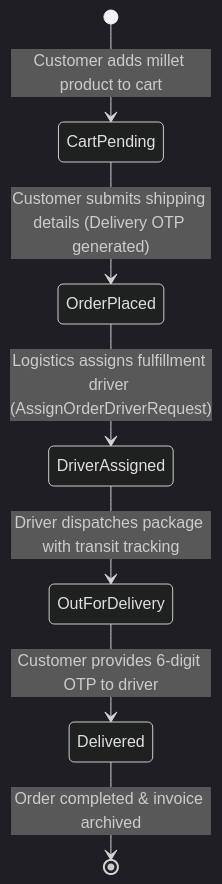
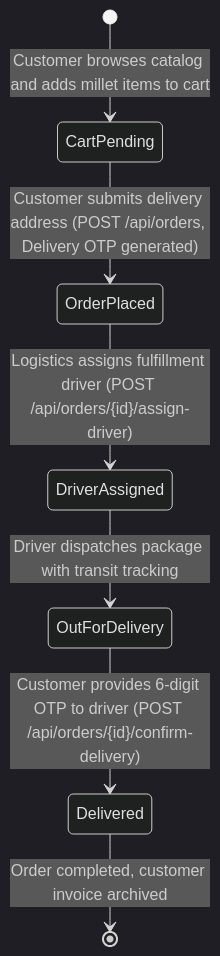
Before and after one commit to NutanAhir688/ShreeAnna: the sixth of 6 diagrams in docs/DATA_FLOWS.md, drawn with Mermaid (dark theme). The commit also changed other lines of this file, not shown here.

Commit message:
docs(data-flows): add upstream farmer-fpo and downstream fpo-processor data flow diagrams

````diff
--- a/docs/DATA_FLOWS.md
+++ b/docs/DATA_FLOWS.md
@@ -60,9 +262,9 @@
 ```mermaid
 stateDiagram-v2
-    [*] --> CartPending : Customer adds millet product to cart
-    CartPending --> OrderPlaced : Customer submits shipping details (Delivery OTP generated)
-    OrderPlaced --> DriverAssigned : Logistics assigns fulfillment driver (AssignOrderDriverRequest)
+    [*] --> CartPending : Customer browses catalog and adds millet items to cart
+    CartPending --> OrderPlaced : Customer submits delivery address (POST /api/orders, Delivery OTP generated)
+    OrderPlaced --> DriverAssigned : Logistics assigns fulfillment driver (POST /api/orders/{id}/assign-driver)
     DriverAssigned --> OutForDelivery : Driver dispatches package with transit tracking
-    OutForDelivery --> Delivered : Customer provides 6-digit OTP to driver
-    Delivered --> [*] : Order completed & invoice archived
+    OutForDelivery --> Delivered : Customer provides 6-digit OTP to driver (POST /api/orders/{id}/confirm-delivery)
+    Delivered --> [*] : Order completed, customer invoice archived
 ```
````
